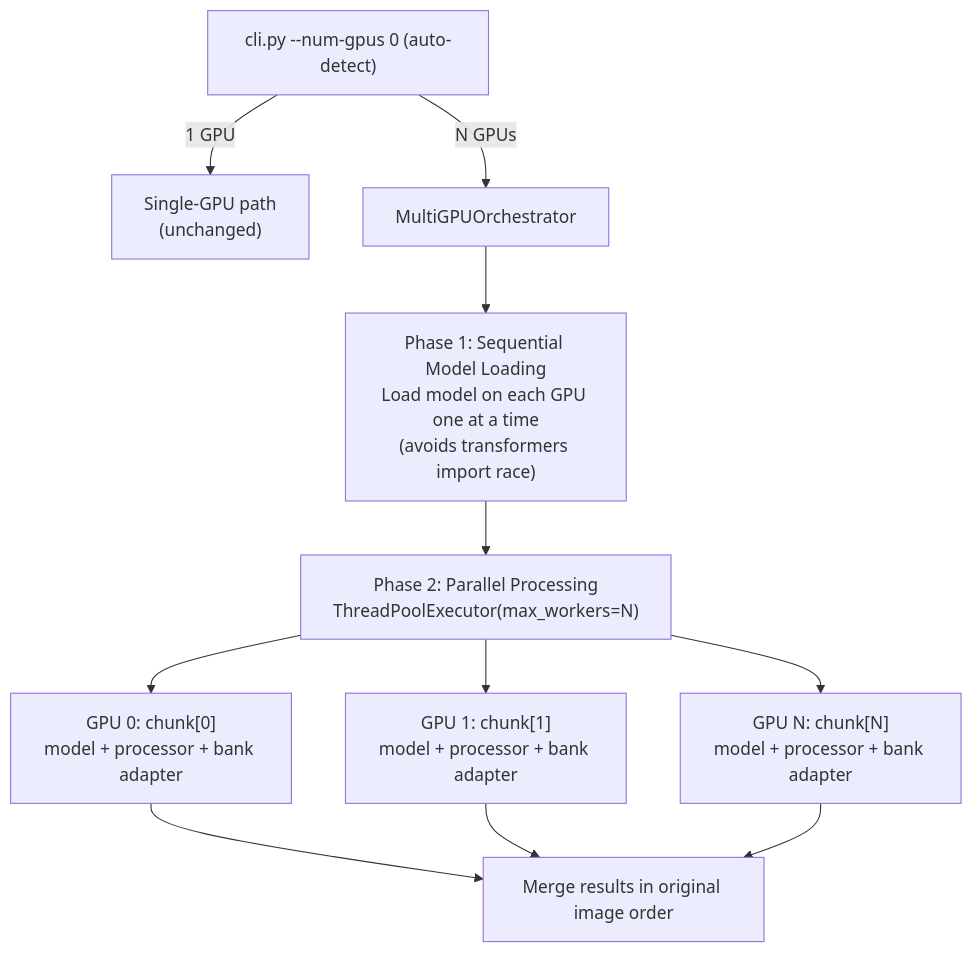
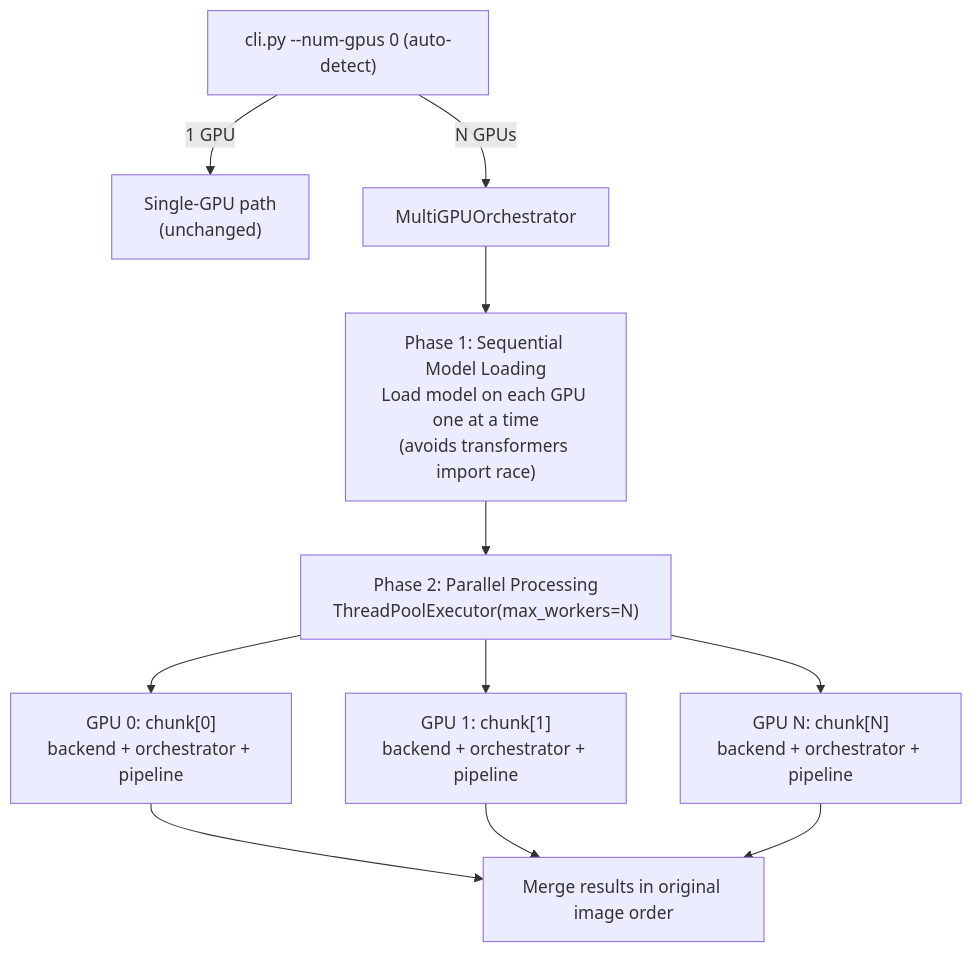
One commit to tmnestor/LMM_POC changed the fifth of 5 diagrams in README.md. Above: the diagram before and after it, drawn with Mermaid. The commit also changed other lines of this file and 2 other files, not shown here.

Commit message:
📝 docs: rewrite README for post-refactor architecture, add Bedrock integration guide

````diff
--- a/README.md
+++ b/README.md
@@ -645,17 +639,17 @@
 ```mermaid
 graph TD
     CLI["cli.py --num-gpus 0 (auto-detect)"]
     CLI -->|"1 GPU"| SINGLE["Single-GPU path<br/>(unchanged)"]
     CLI -->|"N GPUs"| ORCH["MultiGPUOrchestrator"]
 
     ORCH --> PHASE1["Phase 1: Sequential Model Loading<br/>Load model on each GPU one at a time<br/>(avoids transformers import race)"]
     PHASE1 --> PHASE2["Phase 2: Parallel Processing<br/>ThreadPoolExecutor(max_workers=N)"]
 
-    PHASE2 --> GPU0["GPU 0: chunk[0]<br/>model + processor + bank adapter"]
-    PHASE2 --> GPU1["GPU 1: chunk[1]<br/>model + processor + bank adapter"]
-    PHASE2 --> GPUN["GPU N: chunk[N]<br/>model + processor + bank adapter"]
+    PHASE2 --> GPU0["GPU 0: chunk[0]<br/>backend + orchestrator + pipeline"]
+    PHASE2 --> GPU1["GPU 1: chunk[1]<br/>backend + orchestrator + pipeline"]
+    PHASE2 --> GPUN["GPU N: chunk[N]<br/>backend + orchestrator + pipeline"]
 
     GPU0 --> MERGE["Merge results in original image order"]
     GPU1 --> MERGE
     GPUN --> MERGE
 ```
````
